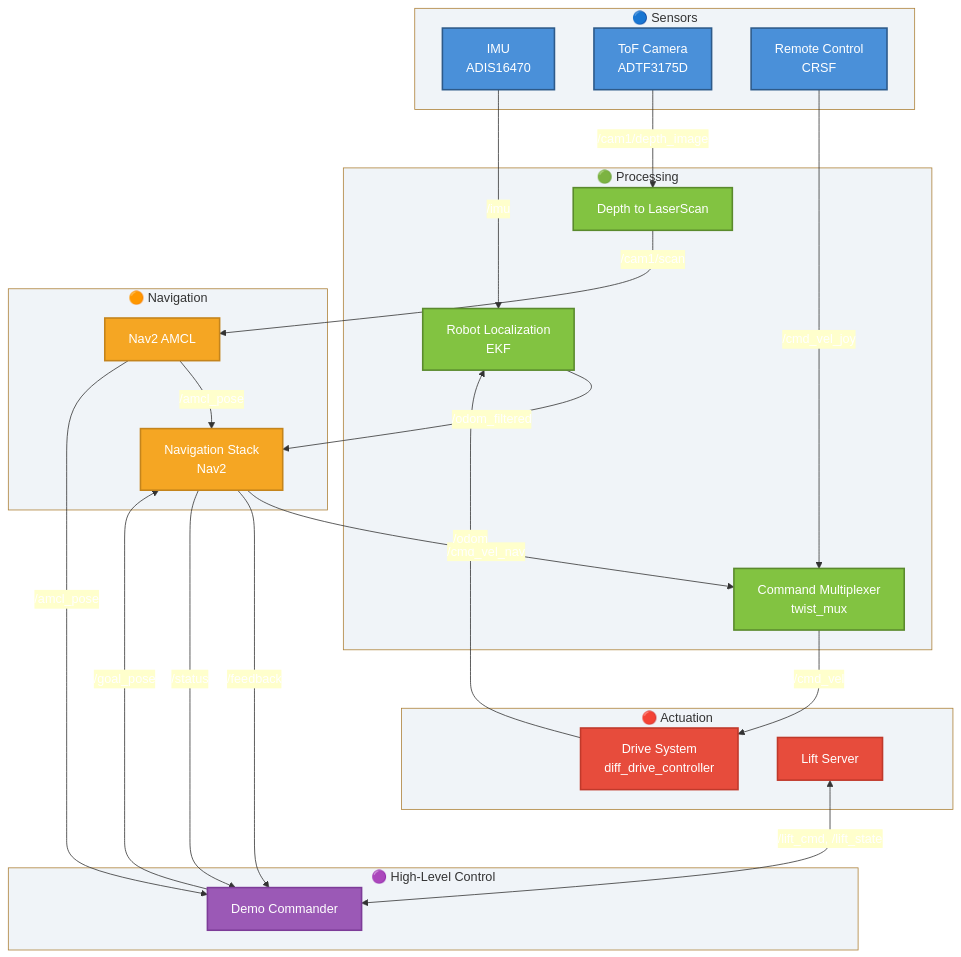
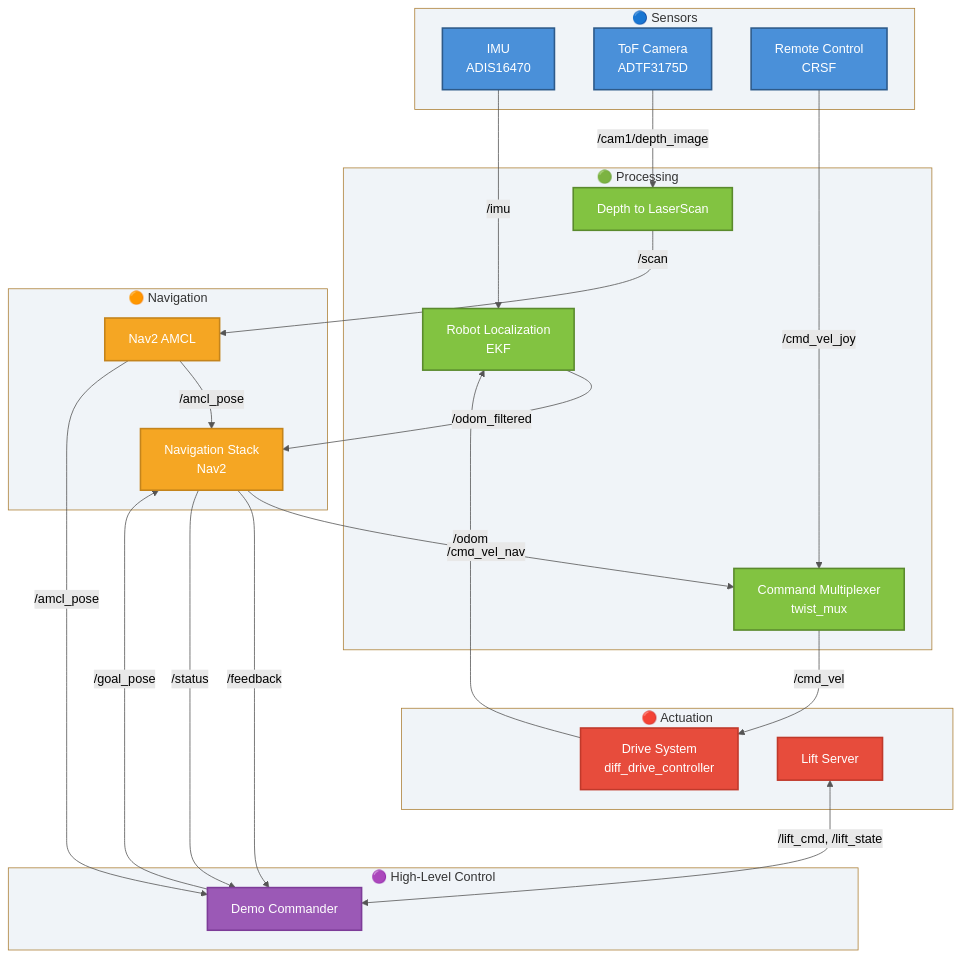
One commit to analogdevicesinc/ad-r1m-ros2 changed the diagram in ad_r1m/doc/explanation/ros2-architecture.rst. Above: the diagram before and after it, drawn with Mermaid. The commit also changed other lines of this file, not shown here.

First line of the commit message:
ad_r1m/doc: Update ros2-architecture with current packages

```diff
--- a/ad_r1m/doc/explanation/ros2-architecture.rst
+++ b/ad_r1m/doc/explanation/ros2-architecture.rst
@@ -21,56 +18,56 @@
 .. mermaid::
 
-   %%{init: {'theme': 'base', 'themeVariables': { 'primaryColor': '#4a90d9', 'primaryTextColor': '#ffffff', 'primaryBorderColor': '#2d5a8a', 'secondaryColor': '#82c341', 'tertiaryColor': '#f5a623', 'background': '#ffffff', 'mainBkg': '#4a90d9', 'nodeBorder': '#2d5a8a', 'clusterBkg': '#f0f4f8', 'titleColor': '#333333', 'lineColor': '#333333', 'edgeLabelBackground': '#ffffcc', 'textColor': '#000000', 'secondaryTextColor': '#000000'}}}%%
+   %%{init: {'theme': 'base', 'themeVariables': { 'primaryColor': '#4a90d9', 'primaryTextColor': '#000000', 'primaryBorderColor': '#2d5a8a', 'secondaryColor': '#82c341', 'tertiaryColor': '#f5a623', 'background': '#ffffff', 'mainBkg': '#4a90d9', 'nodeBorder': '#2d5a8a', 'clusterBkg': '#f0f4f8', 'titleColor': '#333333', 'lineColor': '#555555', 'edgeLabelBackground': '#e8e8e8', 'textColor': '#000000', 'secondaryTextColor': '#000000', 'tertiaryTextColor': '#000000', 'nodeTextColor': '#000000'}}}%%
    graph TD
        subgraph Sensors["🔵 Sensors"]
            B[IMU<br/>ADIS16470]
            C[ToF Camera<br/>ADTF3175D]
            E[Remote Control<br/>CRSF]
        end
 
        subgraph Processing["🟢 Processing"]
            D[Depth to LaserScan]
            F[Robot Localization<br/>EKF]
            H[Command Multiplexer<br/>twist_mux]
        end
 
        subgraph Navigation["🟠 Navigation"]
            I[Nav2 AMCL]
            G[Navigation Stack<br/>Nav2]
        end
 
        subgraph Actuation["🔴 Actuation"]
            A[Drive System<br/>diff_drive_controller]
            K[Lift Server]
        end
 
        subgraph Control["🟣 High-Level Control"]
            J[Demo Commander]
        end
 
        B -->|/imu| F
        C -->|/cam1/depth_image| D
-       D -->|/cam1/scan| I
+       D -->|/scan| I
        F -->|/odom_filtered| G
        E -->|/cmd_vel_joy| H
        G -->|/cmd_vel_nav| H
        H -->|/cmd_vel| A
        A -->|/odom| F
        I -->|/amcl_pose| G
        I -->|/amcl_pose| J
        J -->|/goal_pose| G
        G -->|/feedback| J
        G -->|/status| J
        K <-->|/lift_cmd, /lift_state| J
 
        style B fill:#4a90d9,stroke:#2d5a8a,stroke-width:2px,color:#fff
        style C fill:#4a90d9,stroke:#2d5a8a,stroke-width:2px,color:#fff
        style E fill:#4a90d9,stroke:#2d5a8a,stroke-width:2px,color:#fff
        style D fill:#82c341,stroke:#5a8a2d,stroke-width:2px,color:#fff
        style F fill:#82c341,stroke:#5a8a2d,stroke-width:2px,color:#fff
        style H fill:#82c341,stroke:#5a8a2d,stroke-width:2px,color:#fff
        style I fill:#f5a623,stroke:#c4841c,stroke-width:2px,color:#fff
        style G fill:#f5a623,stroke:#c4841c,stroke-width:2px,color:#fff
        style A fill:#e74c3c,stroke:#c0392b,stroke-width:2px,color:#fff
        style K fill:#e74c3c,stroke:#c0392b,stroke-width:2px,color:#fff
        style J fill:#9b59b6,stroke:#7d3c98,stroke-width:2px,color:#fff
```
